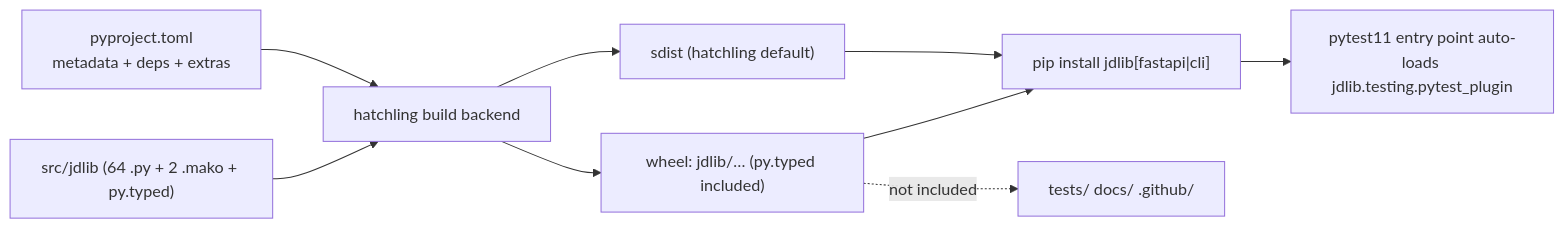
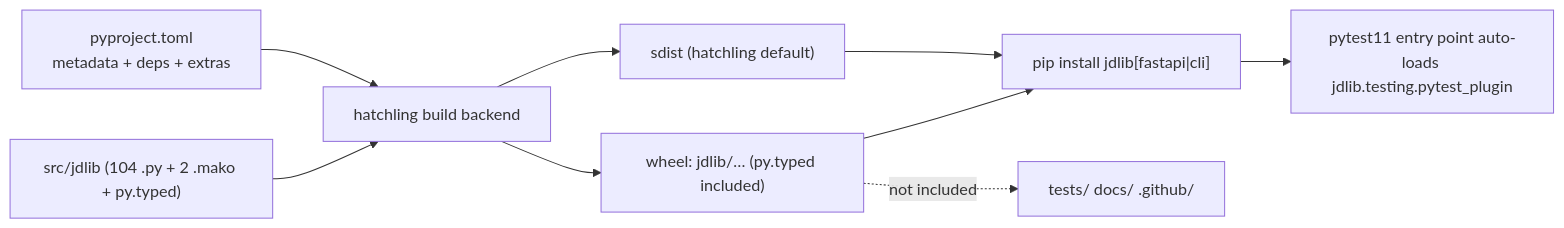
Before and after one commit to Abdul-Jaweed/jdlib: diagram 18 of 27 in JDLib-Architecture.md, drawn with Mermaid. The commit also changed other lines of this file and 8 other files, not shown here.

````diff
--- a/JDLib-Architecture.md
+++ b/JDLib-Architecture.md
@@ -3637,11 +3971,11 @@
 ```mermaid
 graph LR
-    SRC["src/jdlib (64 .py + 2 .mako + py.typed)"] --> HATCH["hatchling build backend"]
+    SRC["src/jdlib (104 .py + 2 .mako + py.typed)"] --> HATCH["hatchling build backend"]
     PYPROJ["pyproject.toml<br/>metadata + deps + extras"] --> HATCH
     HATCH --> WHEEL["wheel: jdlib/… (py.typed included)"]
     HATCH --> SDIST["sdist (hatchling default)"]
     WHEEL --> INST["pip install jdlib[fastapi|cli]"]
     SDIST --> INST
     INST --> EP["pytest11 entry point auto-loads jdlib.testing.pytest_plugin"]
     WHEEL -.not included.-> T["tests/ docs/ .github/"]
 ```
````
